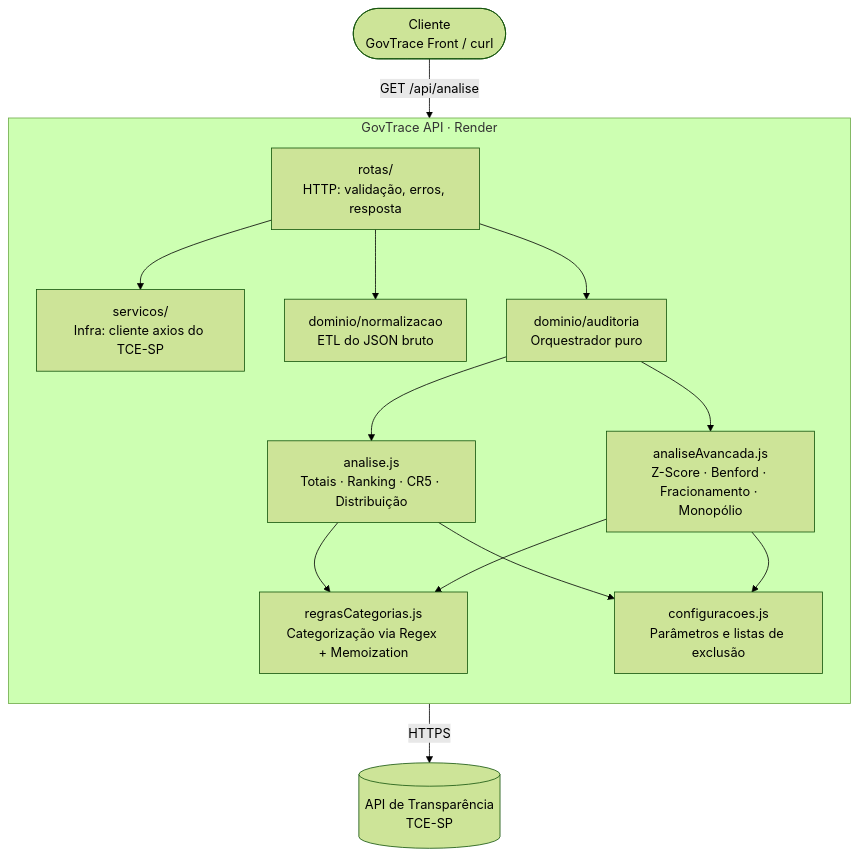
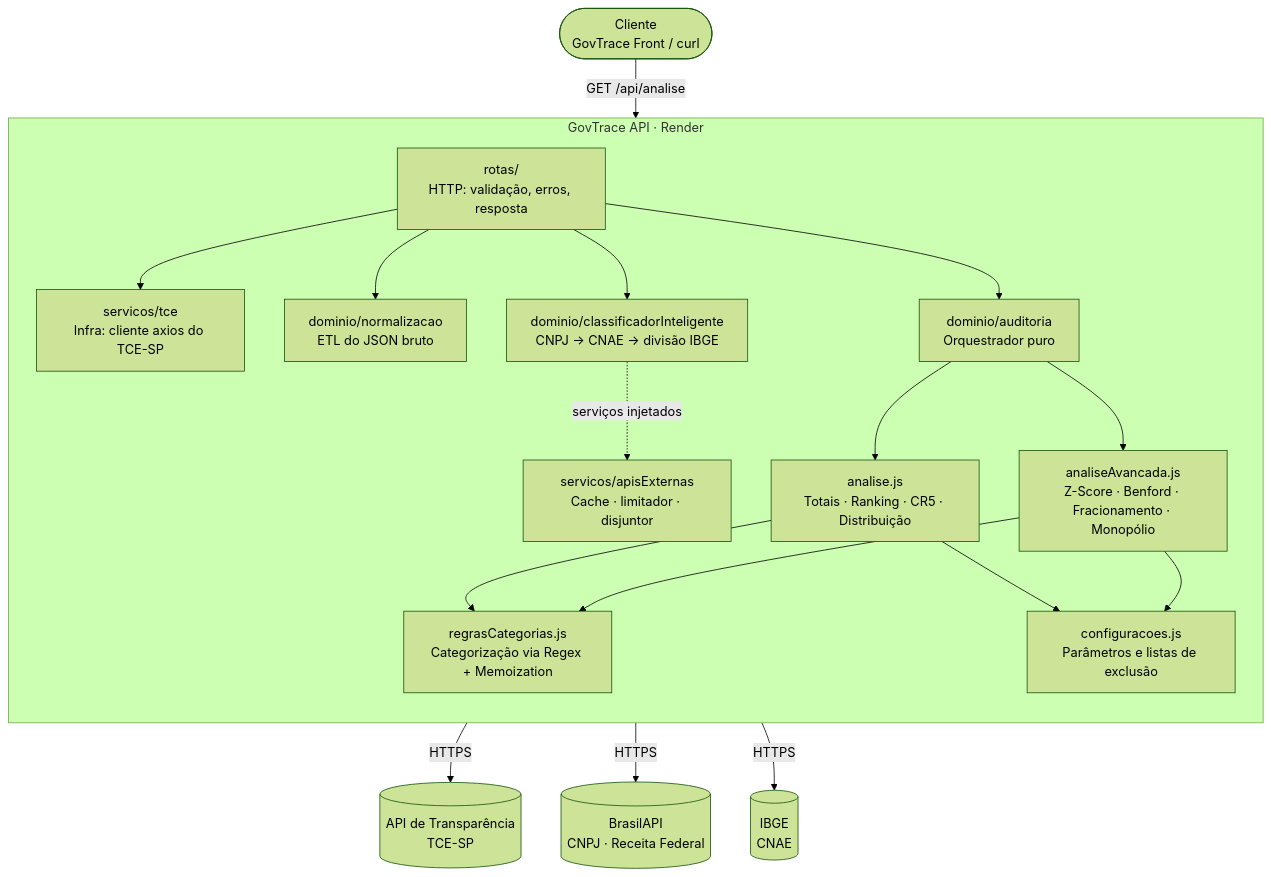
The diagram in README.md (Pedro6Stein/Govtrace-Api), drawn with Mermaid (forest theme) before and after one commit. The commit also changed other lines of this file and 7 other files, not shown here.

First line of the commit message:
feat(api): classifica despesas por CNAE oficial (Receita + IBGE) com fallback Regex

````diff
--- a/README.md
+++ b/README.md
@@ -65,17 +66,21 @@
 ```mermaid
 flowchart TB
     C([Cliente<br/>GovTrace Front / curl]) -->|GET /api/analise| R
 
     subgraph API[GovTrace API · Render]
       direction TB
-      R[rotas/<br/>HTTP: validação, erros, resposta] --> S[servicos/<br/>Infra: cliente axios do TCE-SP]
+      R[rotas/<br/>HTTP: validação, erros, resposta] --> S[servicos/tce<br/>Infra: cliente axios do TCE-SP]
       R --> N[dominio/normalizacao<br/>ETL do JSON bruto]
+      R --> CI[dominio/classificadorInteligente<br/>CNPJ → CNAE → divisão IBGE]
+      CI -. serviços injetados .-> EX[servicos/apisExternas<br/>Cache · limitador · disjuntor]
       R --> O[dominio/auditoria<br/>Orquestrador puro]
       O --> M1[analise.js<br/>Totais · Ranking · CR5 · Distribuição]
       O --> M2[analiseAvancada.js<br/>Z-Score · Benford · Fracionamento · Monopólio]
       M1 & M2 --> RC[regrasCategorias.js<br/>Categorização via Regex + Memoization]
       M1 & M2 --> CF[configuracoes.js<br/>Parâmetros e listas de exclusão]
     end
 
     S -->|HTTPS| TCE[(API de Transparência<br/>TCE-SP)]
+    EX -->|HTTPS| BR[(BrasilAPI<br/>CNPJ · Receita Federal)]
+    EX -->|HTTPS| IB[(IBGE<br/>CNAE)]
 ```
````
